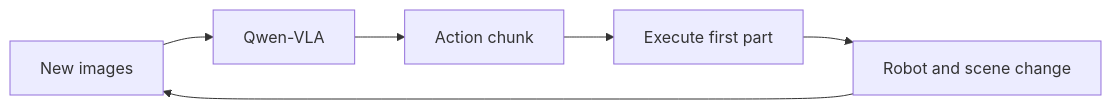
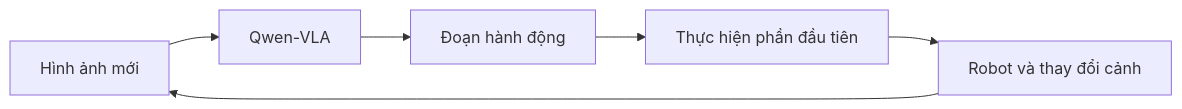
One commit to cycler04/VinRobotics-VLA changed the fourth of 5 diagrams in docs/research_finding/01-gwen/qwen_models/Qwen-VLA/qwen_vla_details.md. Above: the diagram before and after it, drawn with Mermaid. The commit also changed other lines of this file and 24 other files, not shown here.

````diff
--- a/docs/research_finding/01-gwen/qwen_models/Qwen-VLA/qwen_vla_details.md
+++ b/docs/research_finding/01-gwen/qwen_models/Qwen-VLA/qwen_vla_details.md
@@ -1334,8 +1334,8 @@
 ```mermaid
 flowchart LR
-    OBS["New images"] --> POLICY["Qwen-VLA"]
-    POLICY --> CHUNK["Action chunk"]
-    CHUNK --> EXEC["Execute first part"]
-    EXEC --> WORLD["Robot and scene change"]
+    OBS["Hình ảnh mới"] --> POLICY["Qwen-VLA"]
+    POLICY --> CHUNK["Đoạn hành động"]
+    CHUNK --> EXEC["Thực hiện phần đầu tiên"]
+    EXEC --> WORLD["Robot và thay đổi cảnh"]
     WORLD --> OBS
 ```
````
